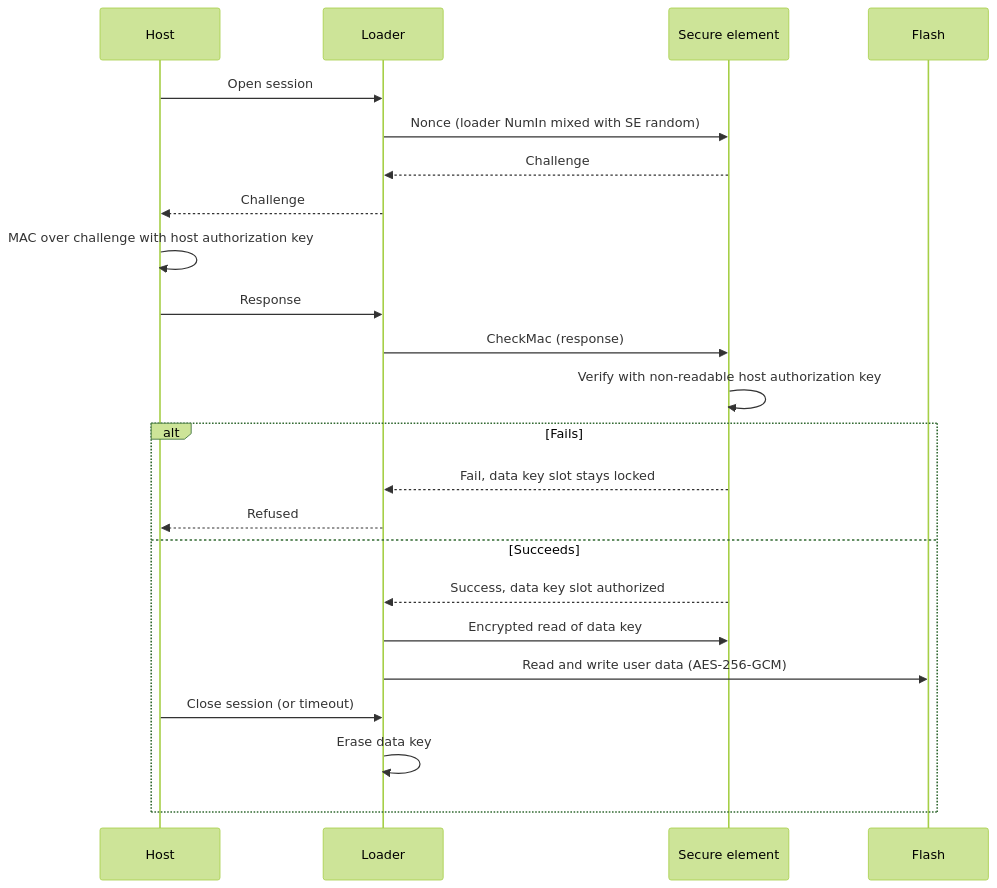
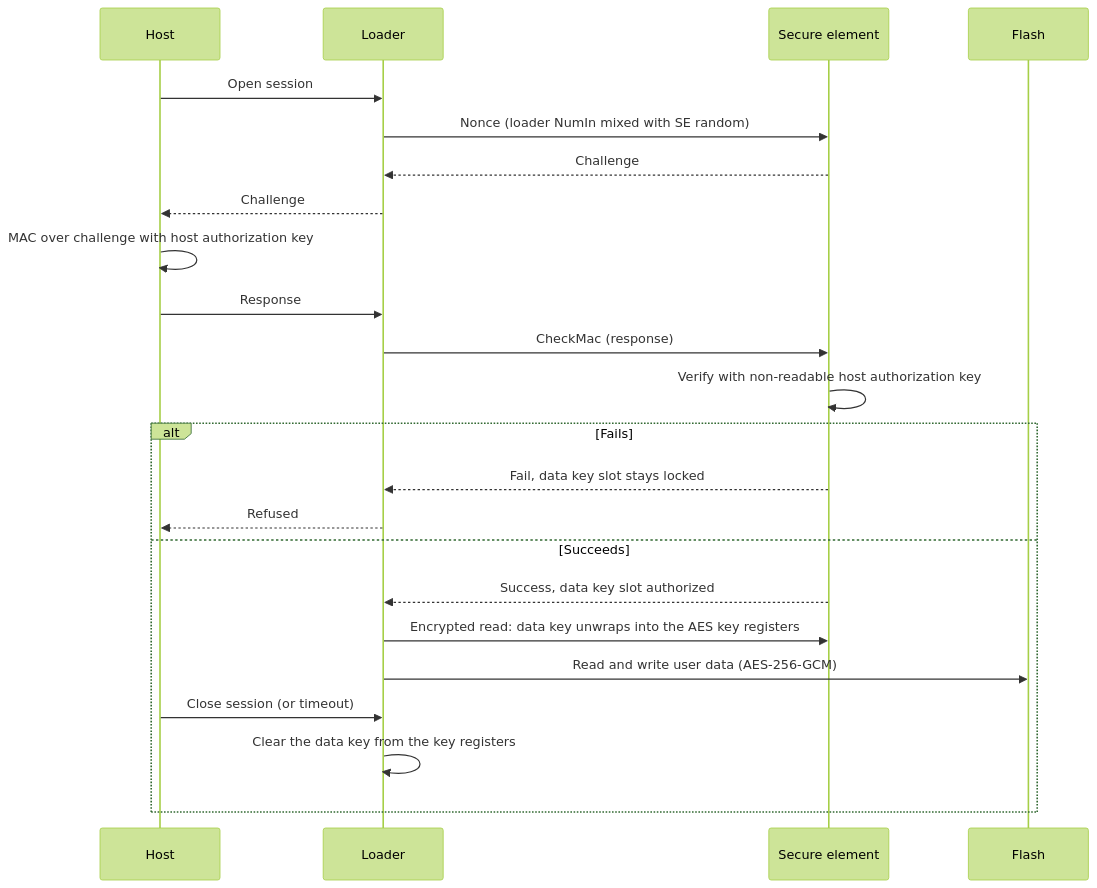
Before and after one commit to bradleyeckert/thriller: the sixth of 7 diagrams in doc/fda.md, drawn with Mermaid (forest theme). The commit also changed other lines of this file and 7 other files, not shown here.

````diff
--- a/doc/fda.md
+++ b/doc/fda.md
@@ -257,25 +257,25 @@
 ```mermaid
 sequenceDiagram
   participant H as Host
   participant L as Loader
   participant SE as Secure element
   participant F as Flash
   H->>L: Open session
   L->>SE: Nonce (loader NumIn mixed with SE random)
   SE-->>L: Challenge
   L-->>H: Challenge
   H->>H: MAC over challenge with host authorization key
   H->>L: Response
   L->>SE: CheckMac (response)
   SE->>SE: Verify with non-readable host authorization key
   alt Fails
     SE-->>L: Fail, data key slot stays locked
     L-->>H: Refused
   else Succeeds
     SE-->>L: Success, data key slot authorized
-    L->>SE: Encrypted read of data key
+    L->>SE: Encrypted read: data key unwraps into the AES key registers
     L->>F: Read and write user data (AES-256-GCM)
     H->>L: Close session (or timeout)
-    L->>L: Erase data key
+    L->>L: Clear the data key from the key registers
   end
 ```
````
